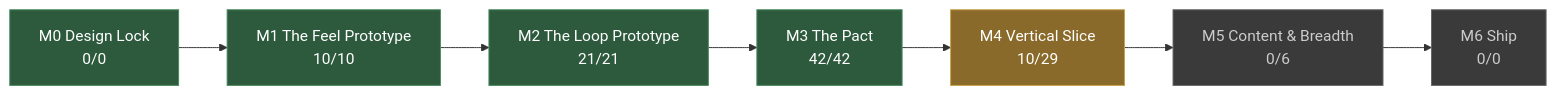
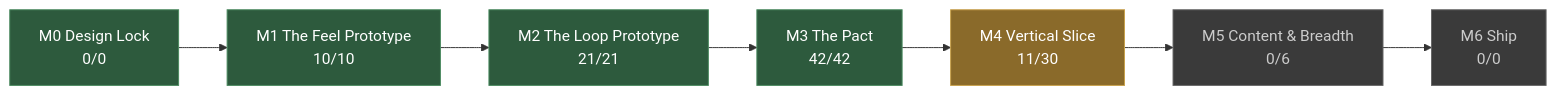
One commit to JoshuaGessner/she changed the diagram in docs/STATUS.md. Above: the diagram before and after it, drawn with Mermaid. The commit also changed other lines of this file and 11 other files, not shown here.

````diff
--- a/docs/STATUS.md
+++ b/docs/STATUS.md
@@ -13,19 +13,19 @@
 ```mermaid
 flowchart LR
   M0["M0 Design Lock<br/>0/0"]:::passed
   M1["M1 The Feel Prototype<br/>10/10"]:::passed
   M0 --> M1
   M2["M2 The Loop Prototype<br/>21/21"]:::passed
   M1 --> M2
   M3["M3 The Pact<br/>42/42"]:::passed
   M2 --> M3
-  M4["M4 Vertical Slice<br/>10/29"]:::current
+  M4["M4 Vertical Slice<br/>11/30"]:::current
   M3 --> M4
   M5["M5 Content & Breadth<br/>0/6"]:::ahead
   M4 --> M5
   M6["M6 Ship<br/>0/0"]:::ahead
   M5 --> M6
   classDef passed fill:#2d5a3d,stroke:#4a8a5f,color:#fff
   classDef current fill:#8a6a2a,stroke:#c8a04a,color:#fff
   classDef ahead fill:#3a3a3a,stroke:#666,color:#ccc
 ```
````
